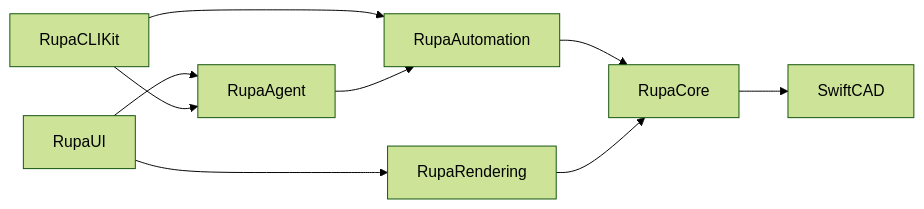
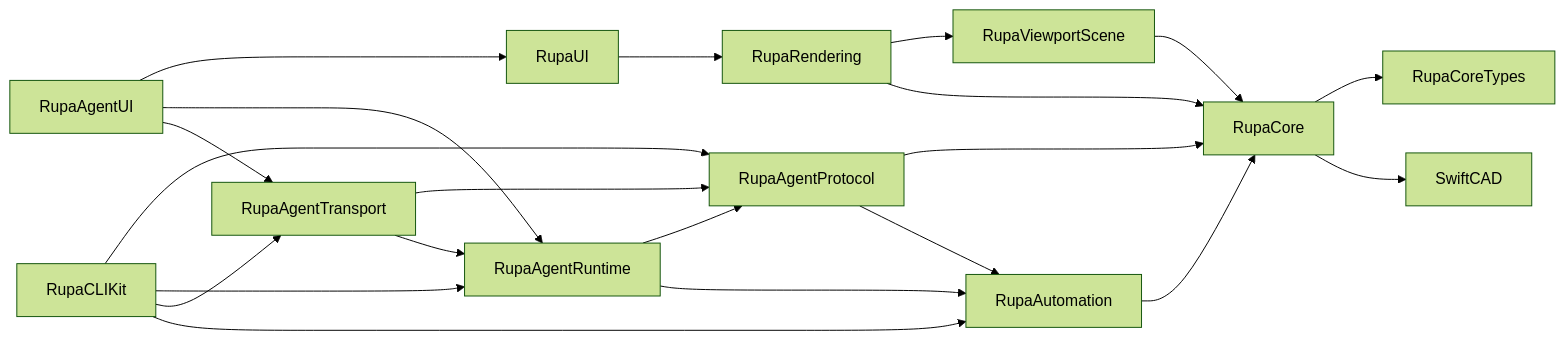
Before and after one commit to 1amageek/Rupa: the diagram in RupaKit/ARCHITECTURE.md, drawn with Mermaid (forest theme). The commit also changed other lines of this file and 180 other files, not shown here.

````diff
--- a/RupaKit/ARCHITECTURE.md
+++ b/RupaKit/ARCHITECTURE.md
@@ -5,11 +5,23 @@
 ```mermaid
 flowchart LR
-    UI[RupaUI] --> Rendering[RupaRendering]
-    UI --> Agent[RupaAgent]
-    CLI[RupaCLIKit] --> Agent
-    CLI --> Automation[RupaAutomation]
-    Agent --> Automation
+    Core[RupaCore] --> CoreTypes[RupaCoreTypes]
     Automation --> Core[RupaCore]
+    AgentProtocol[RupaAgentProtocol] --> Core
+    AgentProtocol --> Automation[RupaAutomation]
+    AgentRuntime[RupaAgentRuntime] --> AgentProtocol
+    AgentRuntime --> Automation
+    AgentTransport[RupaAgentTransport] --> AgentProtocol
+    AgentTransport --> AgentRuntime
+    ViewportScene[RupaViewportScene] --> Core
+    Rendering[RupaRendering] --> ViewportScene
+    UI[RupaUI] --> Rendering
+    AgentUI[RupaAgentUI] --> UI
+    AgentUI --> AgentRuntime
+    AgentUI --> AgentTransport
+    CLI[RupaCLIKit] --> AgentProtocol
+    CLI --> AgentRuntime
+    CLI --> AgentTransport
+    CLI --> Automation
     Rendering --> Core
     Core --> SwiftCAD[SwiftCAD]
 ```
````
